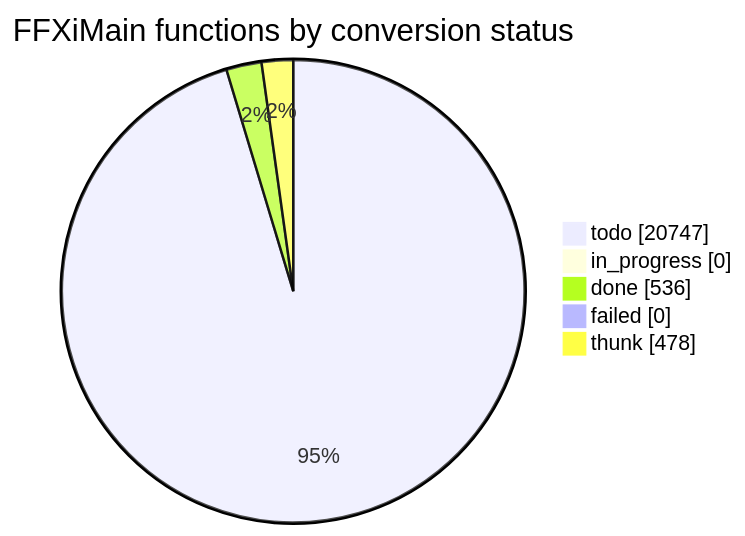
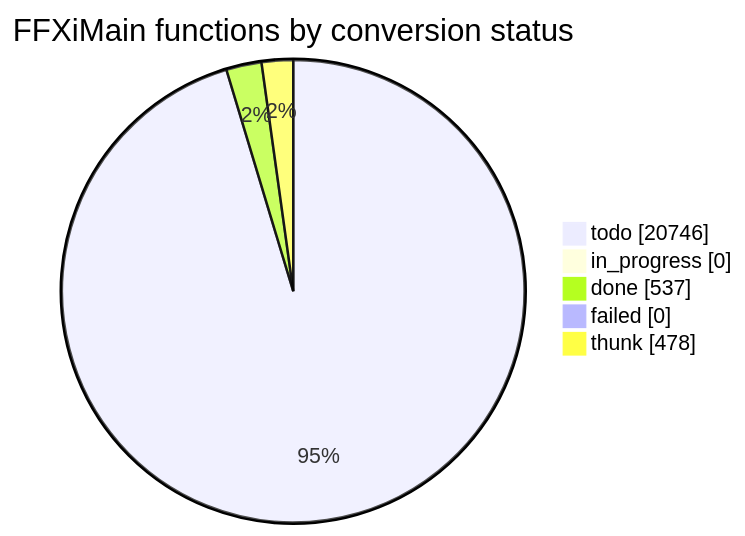
Before and after one commit to cowrevenge/cow_kuluu_xi_anything: the diagram in docs/cow/STATUS.md, drawn with Mermaid. The commit also changed other lines of this file and 9 other files, not shown here.

````diff
--- a/docs/cow/STATUS.md
+++ b/docs/cow/STATUS.md
@@ -18,9 +18,9 @@
 ```mermaid
 pie showData
     title FFXiMain functions by conversion status
-    "todo" : 20747
+    "todo" : 20746
     "in_progress" : 0
-    "done" : 536
+    "done" : 537
     "failed" : 0
     "thunk" : 478
 ```
````
